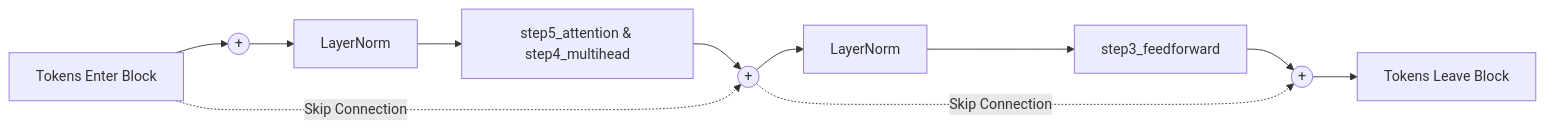
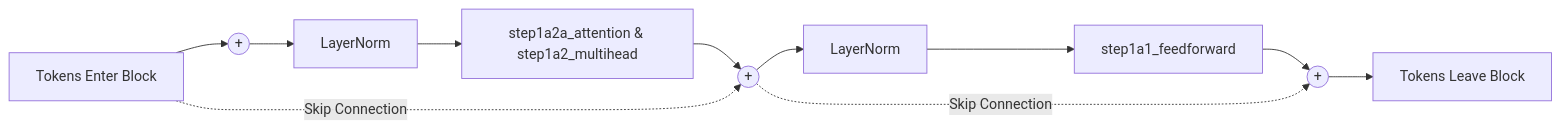
Before and after one commit to Rabbit-CollectiveScience/nano-gpt: the second of 3 diagrams in walkthrough.md, drawn with Mermaid. The commit also changed other lines of this file and 5 other files, not shown here.

````diff
--- a/walkthrough.md
+++ b/walkthrough.md
@@ -42,22 +42,22 @@
 ```mermaid
 flowchart LR
     Start[Tokens Enter Block] --> Add1((+))
     
     %% Path A: Communications
     Add1 --> LN1[LayerNorm]
-    LN1 --> SA[step5_attention & step4_multihead]
+    LN1 --> SA[step1a2a_attention & step1a2_multihead]
     SA --> Add2((+))
     
     %% Residual Math
     Start -.->|Skip Connection| Add2
     
     %% Path B: Computation
     Add2 --> LN2[LayerNorm]
-    LN2 --> FF[step3_feedforward]
+    LN2 --> FF[step1a1_feedforward]
     FF --> Add3((+))
     
     %% Residual Math
     Add2 -.->|Skip Connection| Add3
     
     Add3 --> Finish[Tokens Leave Block]
 ```
````
